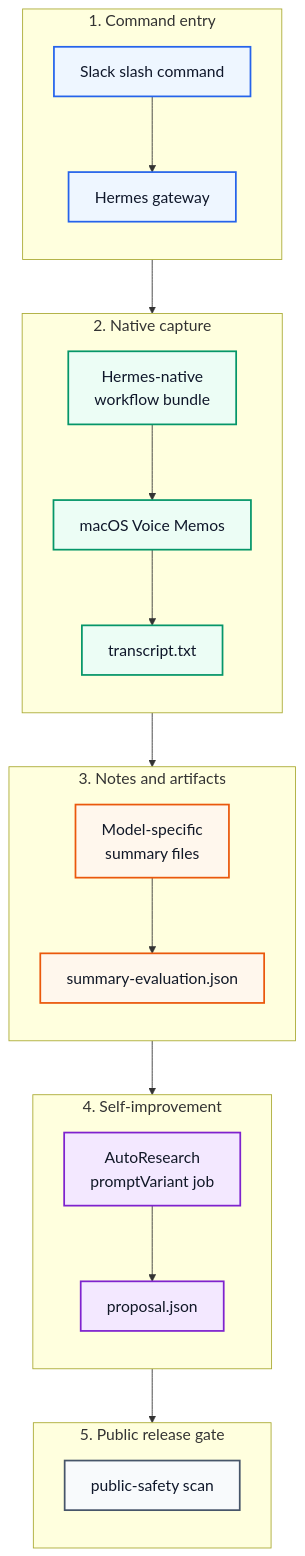
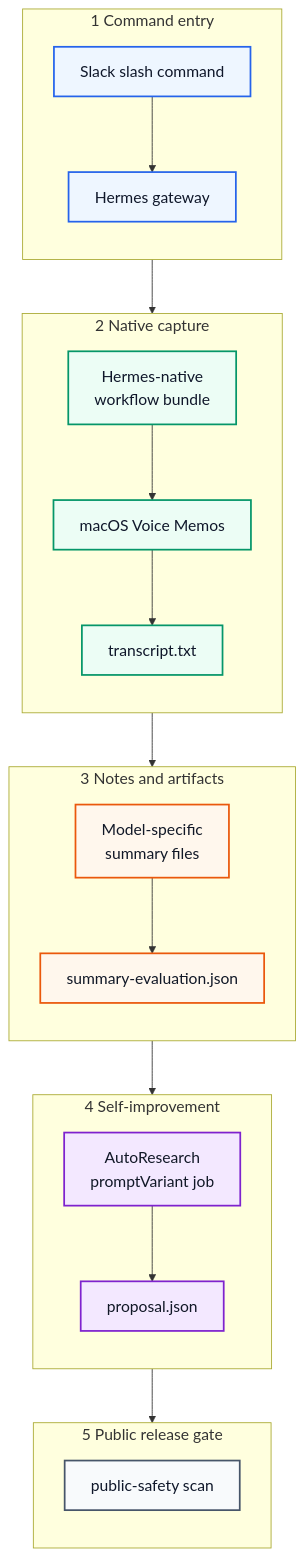
One commit to jbelnick/meeting-intelligence-pipelines changed the diagram in docs/architecture.md. Above: the diagram before and after it, drawn with Mermaid. The commit also changed 3 other files, not shown here.

````diff
--- a/docs/architecture.md
+++ b/docs/architecture.md
@@ -7,49 +7,49 @@
 ```mermaid
 %%{init: {"flowchart": {"curve": "basis", "nodeSpacing": 52, "rankSpacing": 62}, "themeVariables": {"fontSize": "18px", "fontFamily": "Inter, ui-sans-serif, system-ui"}}}%%
 flowchart TB
-    subgraph Entry["1. Command entry"]
+    subgraph Entry["1 Command entry"]
         direction TB
         Slack["Slack slash command"]
         Hermes["Hermes gateway"]
     end
 
-    subgraph Capture["2. Native capture"]
+    subgraph Capture["2 Native capture"]
         direction TB
         Bundle["Hermes-native<br/>workflow bundle"]
         Mac["macOS Voice Memos"]
         Transcript["transcript.txt"]
     end
 
-    subgraph Notes["3. Notes and artifacts"]
+    subgraph Notes["3 Notes and artifacts"]
         direction TB
         Summaries["Model-specific<br/>summary files"]
         Eval["summary-evaluation.json"]
     end
 
-    subgraph Research["4. Self-improvement"]
+    subgraph Research["4 Self-improvement"]
         direction TB
         Job["AutoResearch<br/>promptVariant job"]
         Proposal["proposal.json"]
     end
 
-    subgraph Safety["5. Public release gate"]
+    subgraph Safety["5 Public release gate"]
         direction TB
         Scan["public-safety scan"]
     end
 
     Slack --> Hermes --> Bundle --> Mac --> Transcript
     Transcript --> Summaries --> Eval
     Eval --> Job --> Proposal --> Scan
 
     classDef entry fill:#eef6ff,stroke:#2563eb,stroke-width:2px,color:#0f172a
     classDef capture fill:#ecfdf5,stroke:#059669,stroke-width:2px,color:#0f172a
     classDef notes fill:#fff7ed,stroke:#ea580c,stroke-width:2px,color:#111827
     classDef research fill:#f3e8ff,stroke:#7e22ce,stroke-width:2px,color:#111827
     classDef safety fill:#f8fafc,stroke:#475569,stroke-width:2px,color:#0f172a
 
     class Slack,Hermes entry
     class Bundle,Mac,Transcript capture
     class Summaries,Eval notes
     class Job,Proposal research
     class Scan safety
 ```
````
